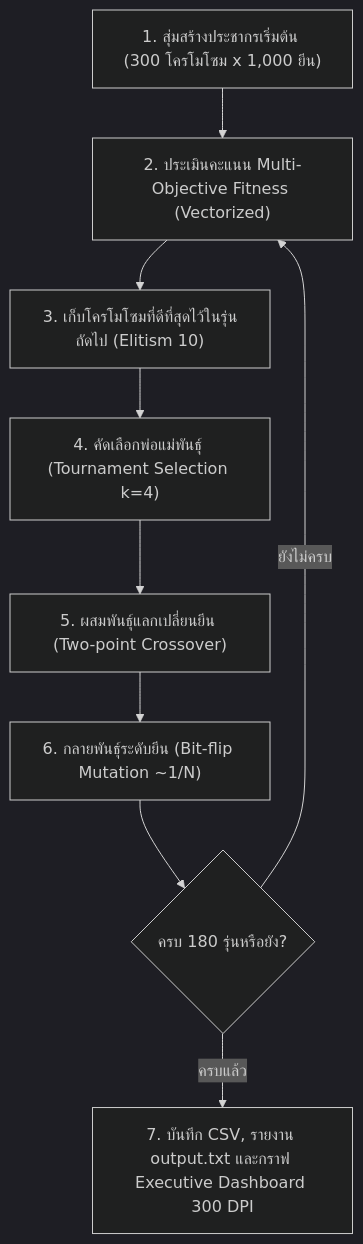
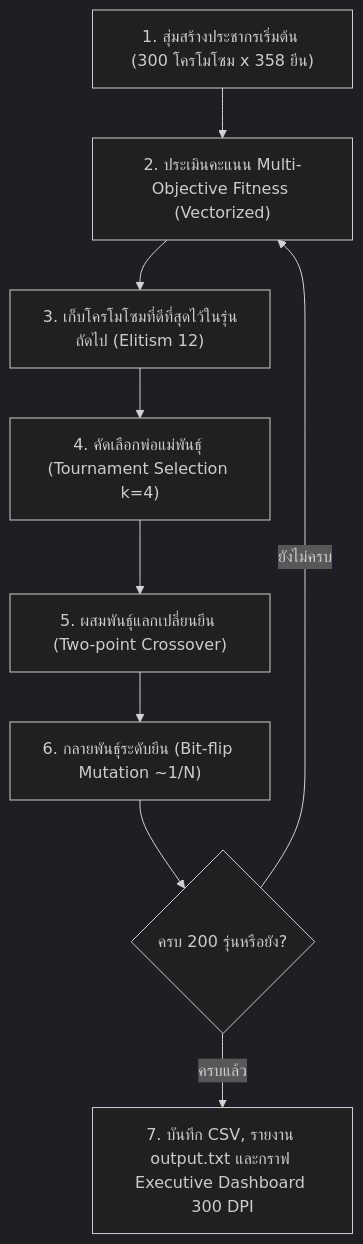
The diagram in README.md (Name-Thinking/GA), drawn with Mermaid (dark theme) before and after one commit. The commit also changed other lines of this file and 7 other files, not shown here.

````diff
--- a/README.md
+++ b/README.md
@@ -23,11 +23,11 @@
 ```mermaid
 flowchart TD
-    A["1. สุ่มสร้างประชากรเริ่มต้น (300 โครโมโซม x 1,000 ยีน)"] --> B["2. ประเมินคะแนน Multi-Objective Fitness (Vectorized)"]
-    B --> C["3. เก็บโครโมโซมที่ดีที่สุดไว้ในรุ่นถัดไป (Elitism 10)"]
+    A["1. สุ่มสร้างประชากรเริ่มต้น (300 โครโมโซม x 358 ยีน)"] --> B["2. ประเมินคะแนน Multi-Objective Fitness (Vectorized)"]
+    B --> C["3. เก็บโครโมโซมที่ดีที่สุดไว้ในรุ่นถัดไป (Elitism 12)"]
+    C --> D["4. คัดเลือกพ่อแม่พันธุ์ (Tournament Selection k=4)"]
     D --> E["5. ผสมพันธุ์แลกเปลี่ยนยีน (Two-point Crossover)"]
-    C --> D["4. คัดเลือกพ่อแม่พันธุ์ (Tournament Selection k=4)"]
     E --> F["6. กลายพันธุ์ระดับยีน (Bit-flip Mutation ~1/N)"]
-    F --> G{"ครบ 180 รุ่นหรือยัง?"}
+    F --> G{"ครบ 200 รุ่นหรือยัง?"}
     G -- ยังไม่ครบ --> B
     G -- ครบแล้ว --> H["7. บันทึก CSV, รายงาน output.txt และกราฟ Executive Dashboard 300 DPI"]
 ```
````
